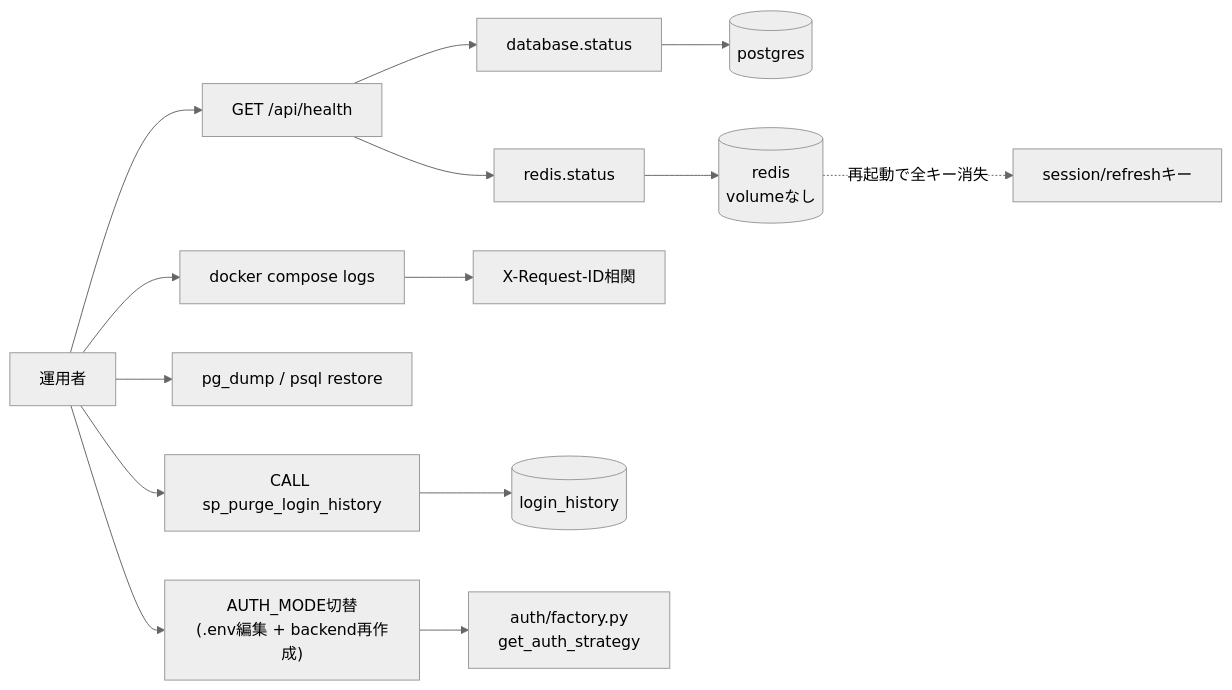
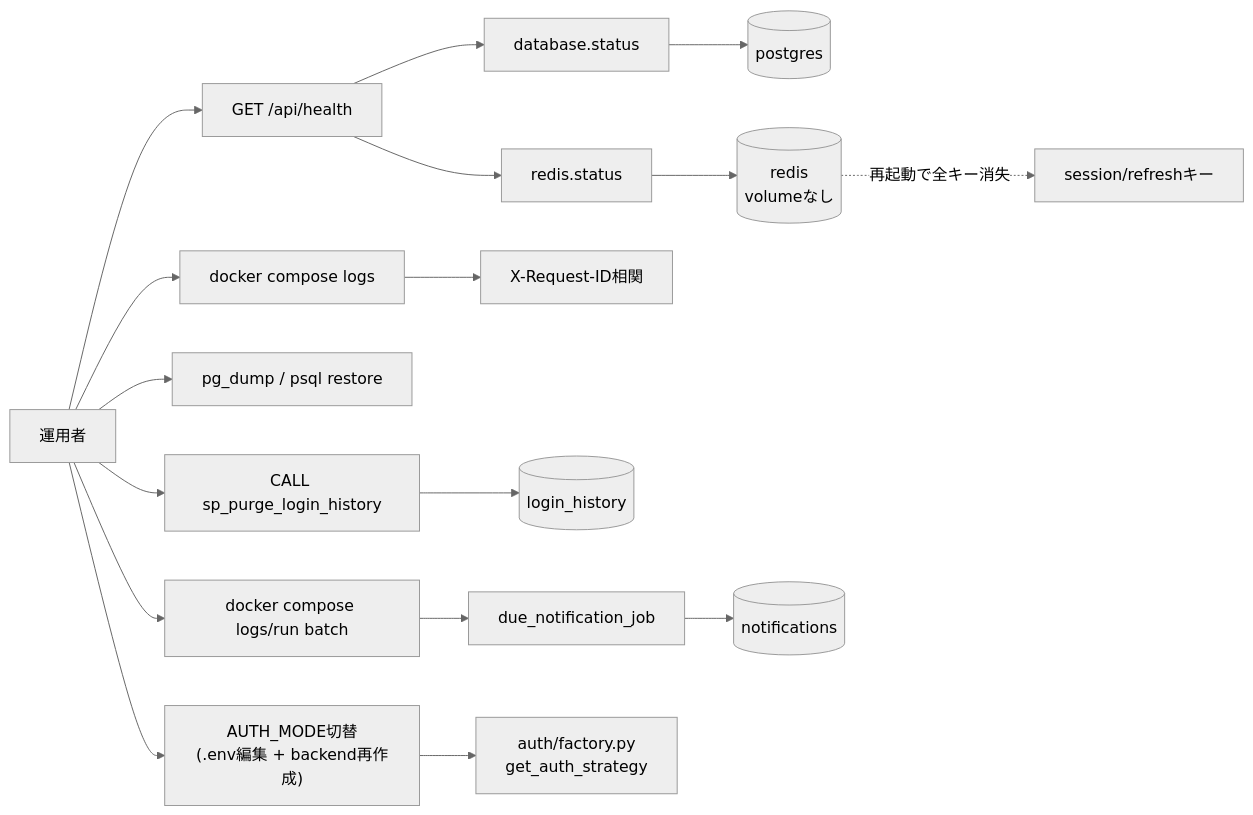
The sixth of 6 diagrams in detailed_design/infra/07_operation.md (oikawa-d/task_management), drawn with Mermaid (neutral theme) before and after one commit. The commit also changed other lines of this file and 31 other files, not shown here.

````diff
--- a/detailed_design/infra/07_operation.md
+++ b/detailed_design/infra/07_operation.md
@@ -257,17 +270,20 @@
 ```mermaid
 flowchart LR
     OPS["運用者"] --> HC["GET /api/health"]
     OPS --> LOGS["docker compose logs"]
     OPS --> DUMP["pg_dump / psql restore"]
     OPS --> PURGE["CALL sp_purge_login_history"]
+    OPS --> BATCH["docker compose logs/run batch"]
     OPS --> AUTHSW["AUTH_MODE切替<br/>(.env編集 + backend再作成)"]
 
     HC --> DBCHK["database.status"]
     HC --> RDCHK["redis.status"]
     DBCHK --> PG[("postgres")]
     RDCHK --> RD[("redis<br/>volumeなし")]
     LOGS --> REQID["X-Request-ID相関"]
     PURGE --> LH[("login_history")]
+    BATCH --> DUE["due_notification_job"]
+    DUE --> NTF[("notifications")]
     AUTHSW --> STRATEGY["auth/factory.py<br/>get_auth_strategy"]
     RD -.->|"再起動で全キー消失"| SESSIONS["session/refreshキー"]
 ```
````
